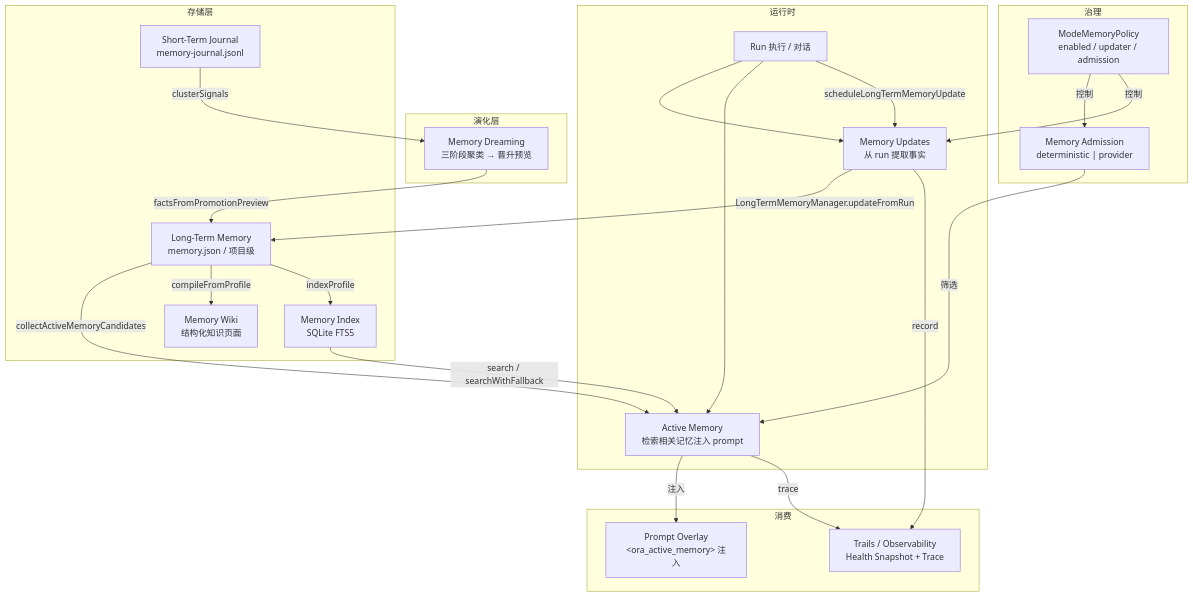
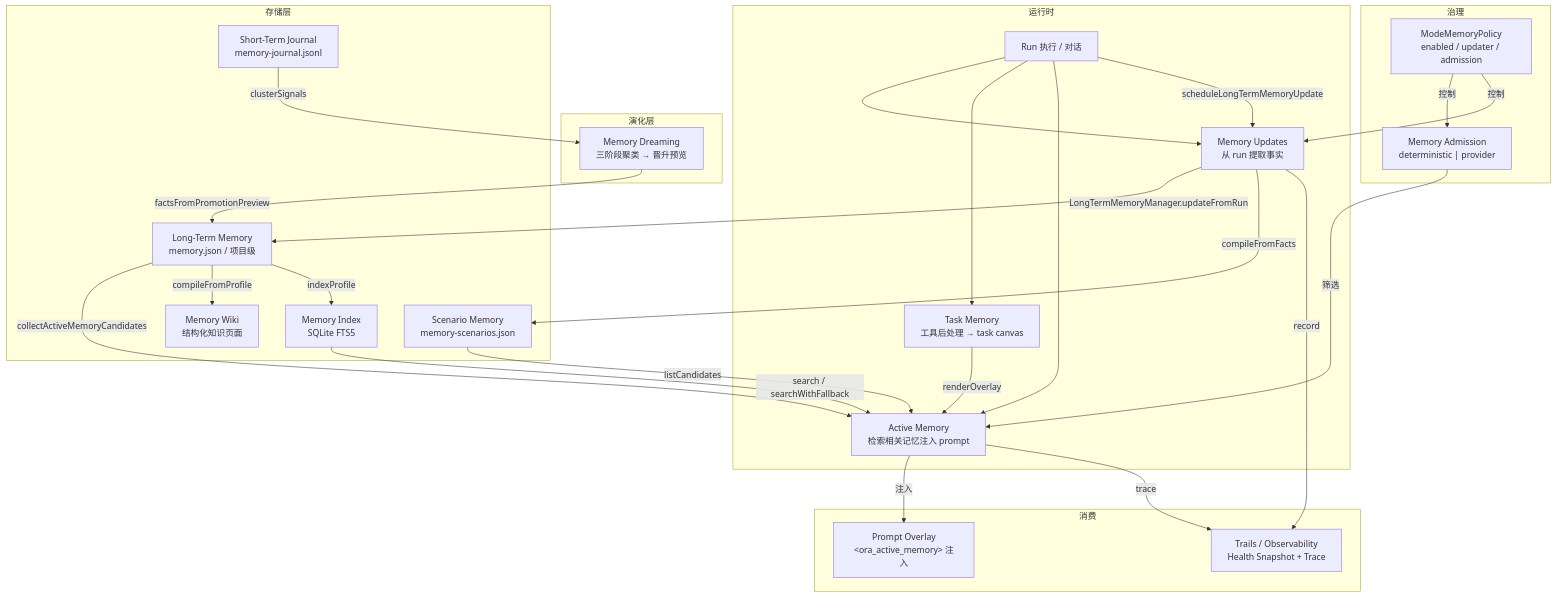
One commit to cemeworm/Ora changed the diagram in docs/ora-memory-system.md. Above: the diagram before and after it, drawn with Mermaid. The commit also changed other lines of this file and 4 other files, not shown here.

````diff
--- a/docs/ora-memory-system.md
+++ b/docs/ora-memory-system.md
@@ -42,43 +45,48 @@
 ```mermaid
 flowchart TD
     subgraph 运行时
         RUN["Run 执行 / 对话"] --> UPDATE["Memory Updates<br/>从 run 提取事实"]
+        RUN --> TASK["Task Memory<br/>工具后处理 → task canvas"]
         RUN --> ACTIVE["Active Memory<br/>检索相关记忆注入 prompt"]
     end
 
     subgraph 存储层
         LTM["Long-Term Memory<br/>memory.json / 项目级"]
         JOURNAL["Short-Term Journal<br/>memory-journal.jsonl"]
+        SCENARIO["Scenario Memory<br/>memory-scenarios.json"]
         INDEX["Memory Index<br/>SQLite FTS5"]
         WIKI["Memory Wiki<br/>结构化知识页面"]
     end
 
     subgraph 演化层
         DREAM["Memory Dreaming<br/>三阶段聚类 → 晋升预览"]
     end
 
     subgraph 治理
         POLICY["ModeMemoryPolicy<br/>enabled / updater / admission"]
         ADMISSION["Memory Admission<br/>deterministic | provider"]
     end
 
     subgraph 消费
         PROMPT["Prompt Overlay<br/>&lt;ora_active_memory&gt; 注入"]
         TRAILS["Trails / Observability<br/>Health Snapshot + Trace"]
     end
 
     RUN -->|"scheduleLongTermMemoryUpdate"| UPDATE
     UPDATE -->|"LongTermMemoryManager.updateFromRun"| LTM
+    UPDATE -->|"compileFromFacts"| SCENARIO
     LTM -->|"collectActiveMemoryCandidates"| ACTIVE
+    SCENARIO -->|"listCandidates"| ACTIVE
+    TASK -->|"renderOverlay"| ACTIVE
     JOURNAL -->|"clusterSignals"| DREAM
     DREAM -->|"factsFromPromotionPreview"| LTM
     LTM -->|"compileFromProfile"| WIKI
     LTM -->|"indexProfile"| INDEX
     INDEX -->|"search / searchWithFallback"| ACTIVE
     POLICY -->|"控制"| ADMISSION
     POLICY -->|"控制"| UPDATE
     ADMISSION -->|"筛选"| ACTIVE
     ACTIVE -->|"注入"| PROMPT
     ACTIVE -->|"trace"| TRAILS
     UPDATE -->|"record"| TRAILS
 ```
````
